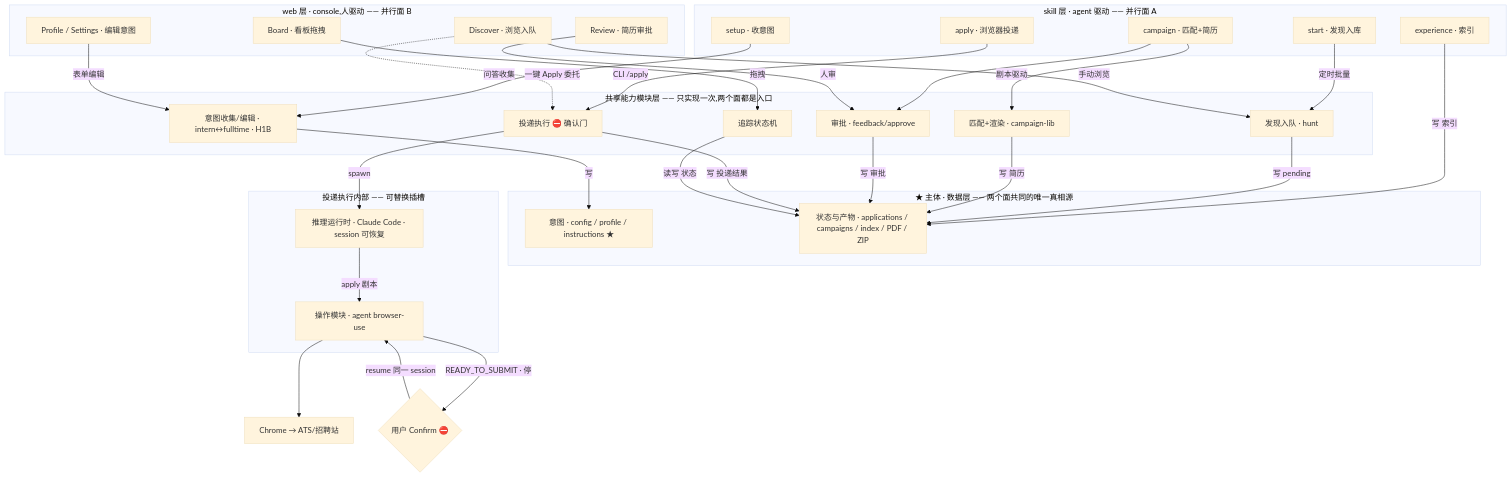
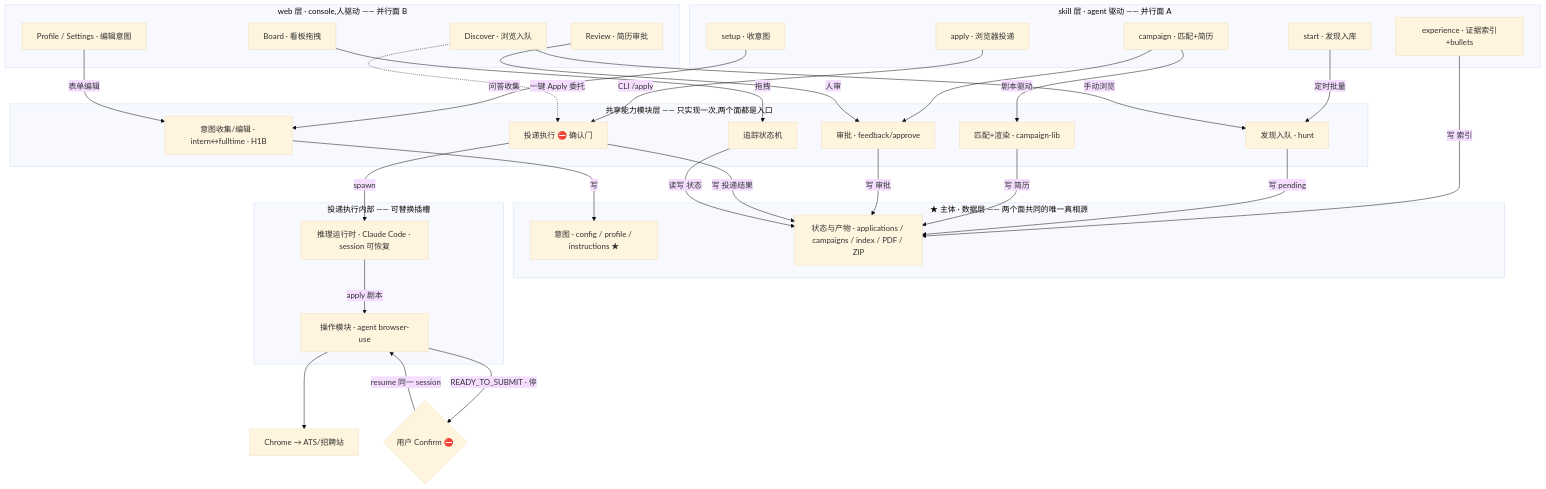
Before and after one commit to Sma1lboy/coforce-apply: the first of 4 diagrams in docs/ARCHITECTURE.md, drawn with Mermaid (base theme).

Commit message:
Relabel the experience node in the architecture diagram: it owns bullet generation now, not just the evidence index.

````diff
--- a/docs/ARCHITECTURE.md
+++ b/docs/ARCHITECTURE.md
@@ -31,62 +31,62 @@
 ```mermaid
 flowchart TB
   subgraph SK[skill 层 · agent 驱动 —— 并行面 A]
     SETUP[setup · 收意图]
-    EXP[experience · 索引]
+    EXP[experience · 证据索引+bullets]
     START[start · 发现入库]
     CAMP[campaign · 匹配+简历]
     APPLY[apply · 浏览器投递]
   end
 
   subgraph WEB[web 层 · console,人驱动 —— 并行面 B]
     DISC[Discover · 浏览入队]
     BOARD[Board · 看板拖拽]
     REV[Review · 简历审批]
     PSET[Profile / Settings · 编辑意图]
   end
 
   subgraph CAP[共享能力模块层 —— 只实现一次,两个面都是入口]
     C1[意图收集/编辑 · intern↔fulltime · H1B]
     C3[发现入队 · hunt]
     C4[匹配+渲染 · campaign-lib]
     C5[审批 · feedback/approve]
     C6[投递执行 ⛔ 确认门]
     C7[追踪状态机]
   end
 
   subgraph CORE[★ 主体 · 数据层 —— 两个面共同的唯一真相源]
     INTENT[意图 · config / profile / instructions ★]
     STATE[状态与产物 · applications / campaigns / index / PDF / ZIP]
   end
 
   SETUP -->|问答收集| C1
   PSET -->|表单编辑| C1
   START -->|定时批量| C3
   DISC -->|手动浏览| C3
   CAMP -->|剧本驱动| C4
   CAMP --> C5
   REV -->|人审| C5
   APPLY -->|CLI /apply| C6
   DISC -.->|一键 Apply 委托| C6
   BOARD -->|拖拽| C7
   EXP -->|写 索引| STATE
   subgraph EXEC[投递执行内部 —— 可替换插槽]
     RT[推理运行时 · Claude Code · session 可恢复]
     OP[操作模块 · agent browser-use]
   end
   CHATS[Chrome → ATS/招聘站]
   GATE{用户 Confirm ⛔}
 
   C6 -->|spawn| RT
   RT -->|apply 剧本| OP
   OP --> CHATS
   OP -->|READY_TO_SUBMIT · 停| GATE
   GATE -->|resume 同一 session| OP
 
   C1 -->|写| INTENT
   C3 -->|写 pending| STATE
   C4 -->|写 简历| STATE
   C5 -->|写 审批| STATE
   C6 -->|写 投递结果| STATE
   C7 -->|读写 状态| STATE
 ```
````
